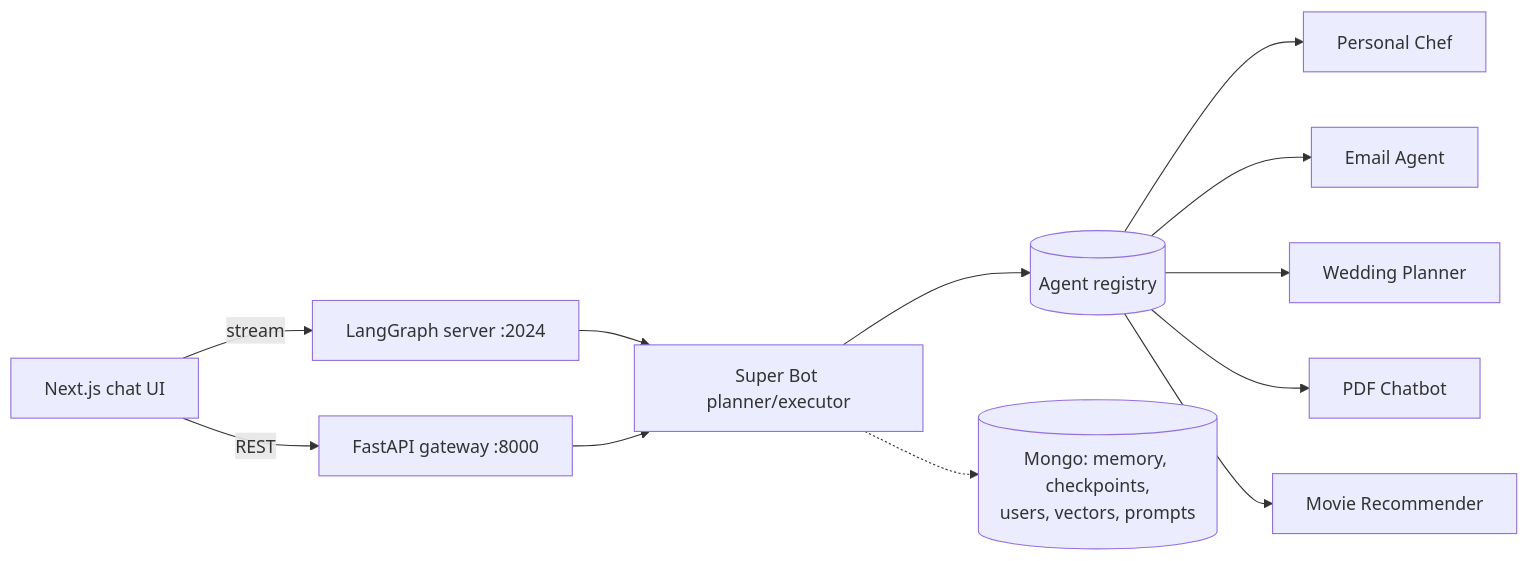
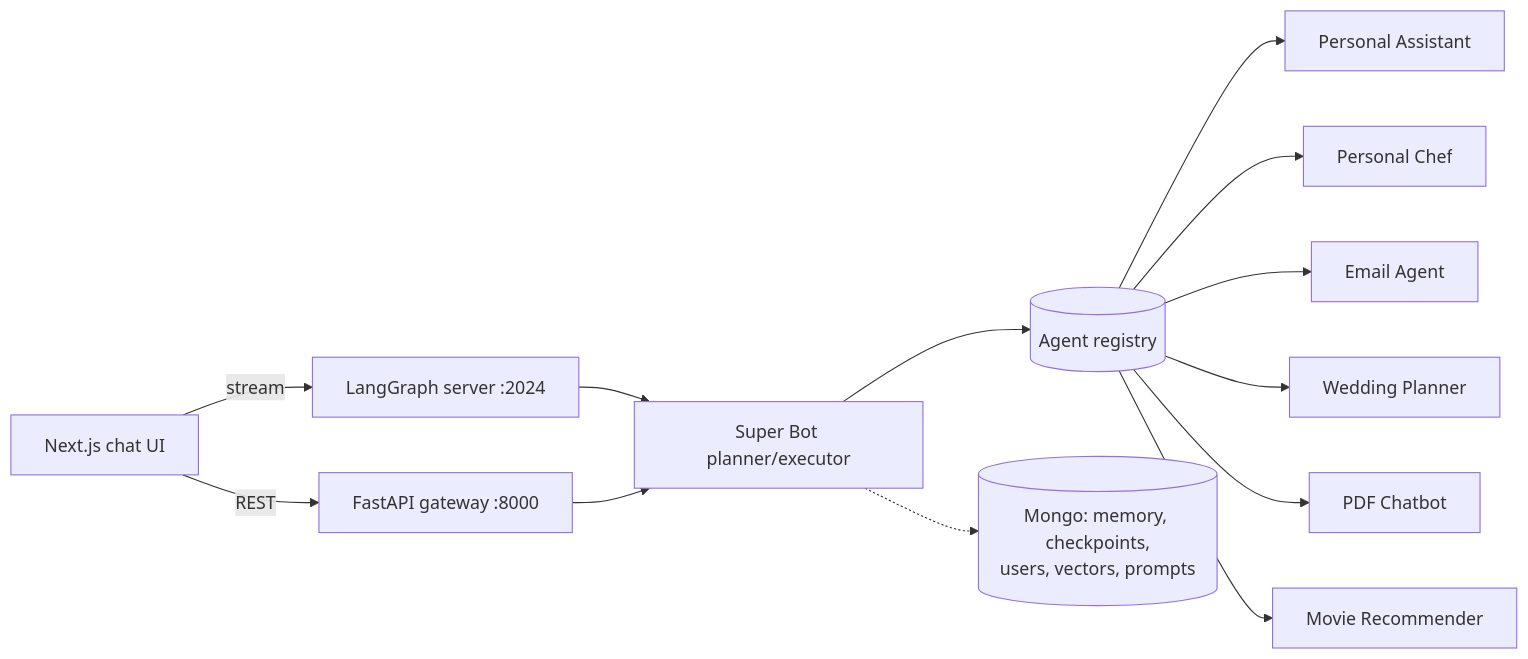
One commit to miteshjadav98/SuperAIBot changed the first of 2 diagrams in ARCHITECTURE.md. Above: the diagram before and after it, drawn with Mermaid. The commit also changed other lines of this file and 19 other files, not shown here.

````diff
--- a/ARCHITECTURE.md
+++ b/ARCHITECTURE.md
@@ -15,14 +15,15 @@
 ```mermaid
 flowchart LR
     UI[Next.js chat UI] -->|stream| LG[LangGraph server :2024]
     UI -->|REST| GW[FastAPI gateway :8000]
     LG --> SB
     GW --> SB[Super Bot planner/executor]
     SB --> R[(Agent registry)]
+    R --> A0[Personal Assistant]
     R --> A1[Personal Chef]
     R --> A2[Email Agent]
     R --> A3[Wedding Planner]
     R --> A4[PDF Chatbot]
     R --> A5[Movie Recommender]
     SB -.-> M[(Mongo: memory, checkpoints,<br/>users, vectors, prompts)]
 ```
````
